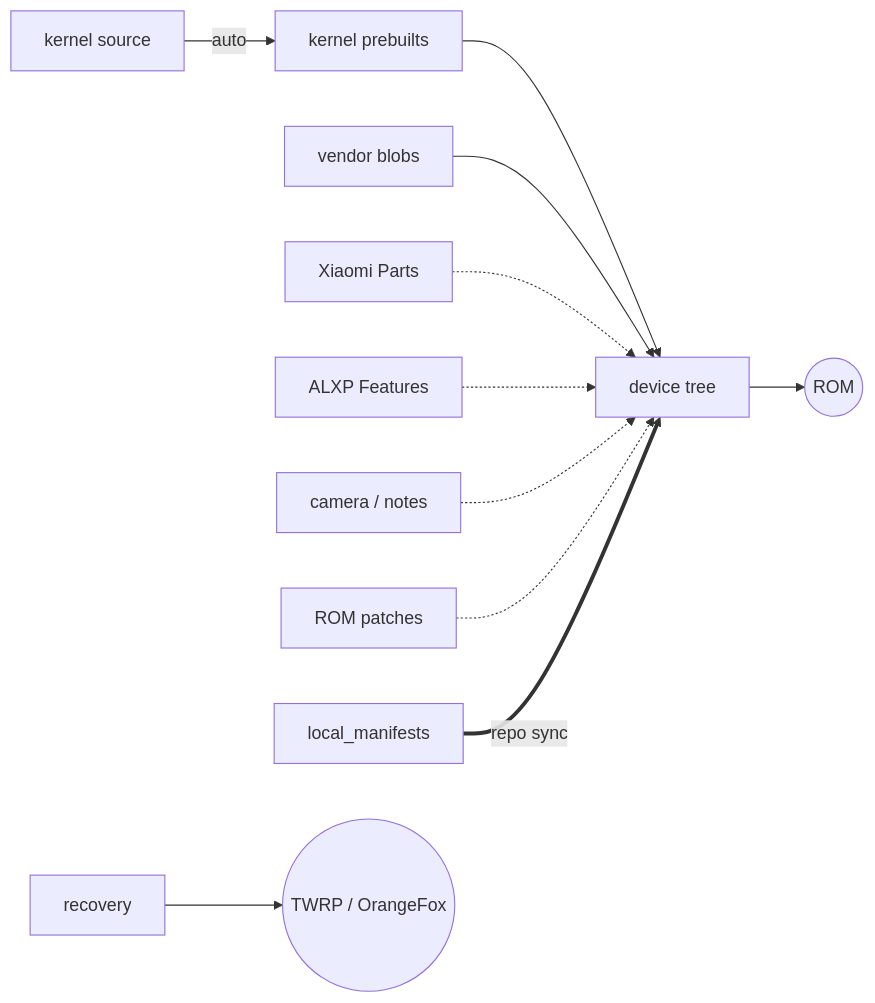
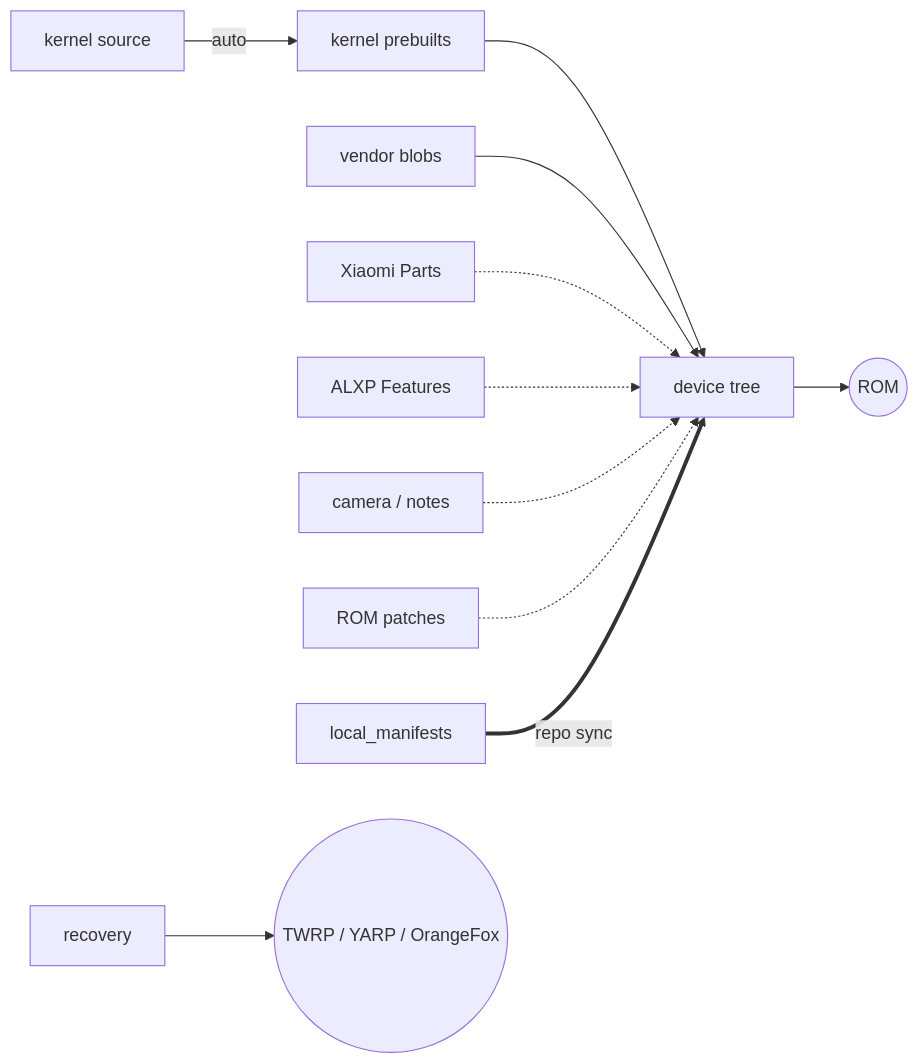
One commit to xiaomi-pad-8-pro-development/.github changed the diagram in profile/README.md. Above: the diagram before and after it, drawn with Mermaid. The commit also changed other lines of this file, not shown here.

Commit message:
profile: Add YARP to the recovery line

````diff
--- a/profile/README.md
+++ b/profile/README.md
@@ -14,13 +14,13 @@
 ```mermaid
 flowchart LR
     K[kernel source] -->|auto| P[kernel prebuilts]
     P --> D[device tree]
     V[vendor blobs] --> D
     X[Xiaomi Parts] -.-> D
     A[ALXP Features] -.-> D
     C[camera / notes] -.-> D
     R[ROM patches] -.-> D
     M[local_manifests] ==>|repo sync| D
     D --> ROM((ROM))
-    REC[recovery] --> TWRP((TWRP / OrangeFox))
+    REC[recovery] --> TWRP((TWRP / YARP / OrangeFox))
 ```
````
